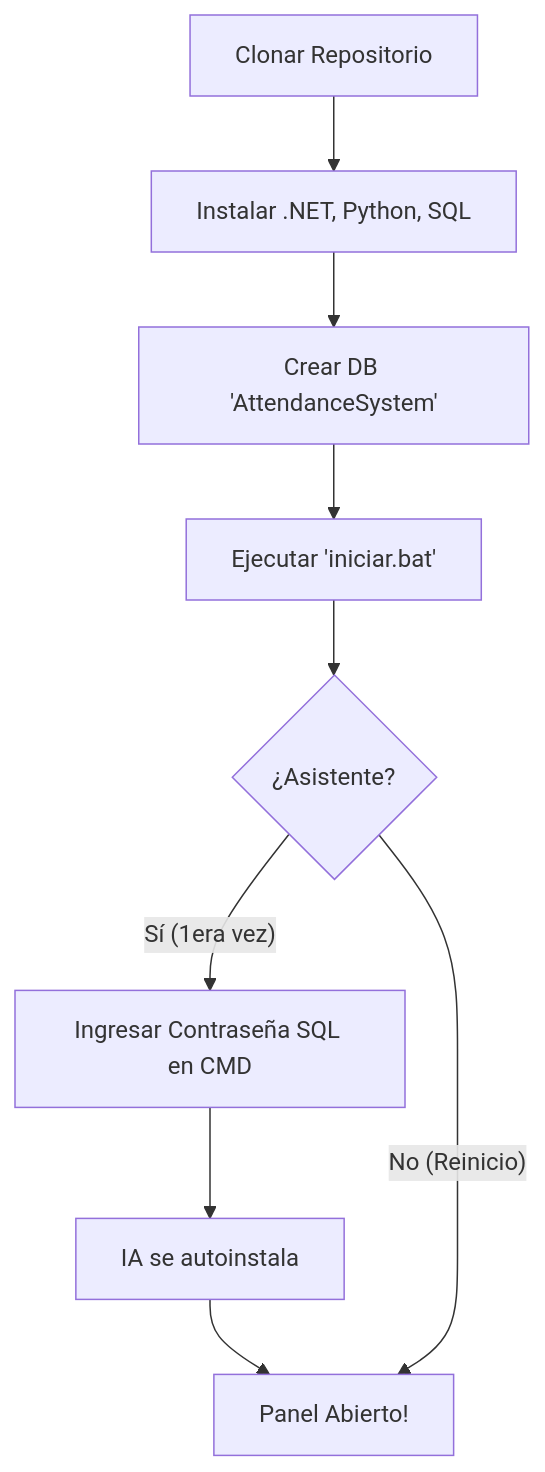
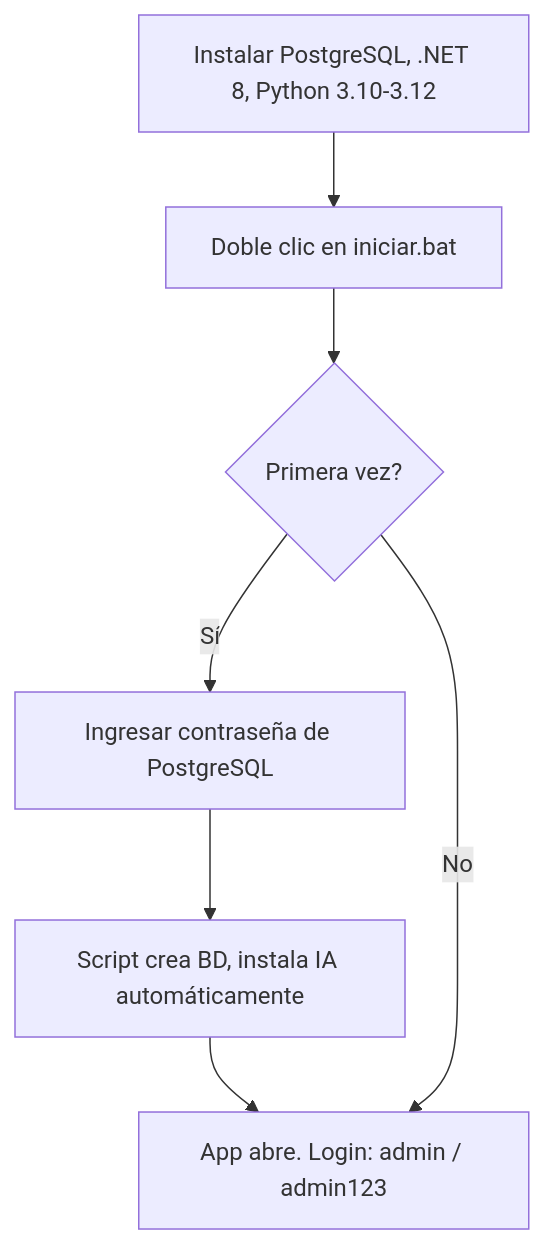
One commit to ramarstudio/RAMar_Repo changed the diagram in docs/instalacion/index.md. Above: the diagram before and after it, drawn with Mermaid. The commit also changed other lines of this file and 2 other files, not shown here.

````diff
--- a/docs/instalacion/index.md
+++ b/docs/instalacion/index.md
@@ -21,11 +31,9 @@
 ```mermaid
 graph TD
-    A[Clonar Repositorio] --> B[Instalar .NET, Python, SQL]
-    B --> C[Crear DB 'AttendanceSystem']
-    C --> D[Ejecutar 'iniciar.bat']
-    D --> E{¿Asistente?}
-    E -- Sí (1era vez) --> F[Ingresar Contraseña SQL en CMD]
-    F --> G[IA se autoinstala]
-    G --> H[Panel Abierto!]
-    E -- No (Reinicio) --> H
+    A[Instalar PostgreSQL, .NET 8, Python 3.10-3.12] --> B[Doble clic en iniciar.bat]
+    B --> C{Primera vez?}
+    C -- Sí --> D[Ingresar contraseña de PostgreSQL]
+    D --> E[Script crea BD, instala IA automáticamente]
+    E --> F[App abre. Login: admin / admin123]
+    C -- No --> F
 ```
````
